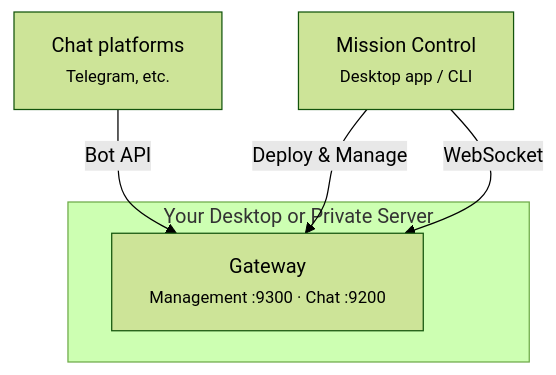
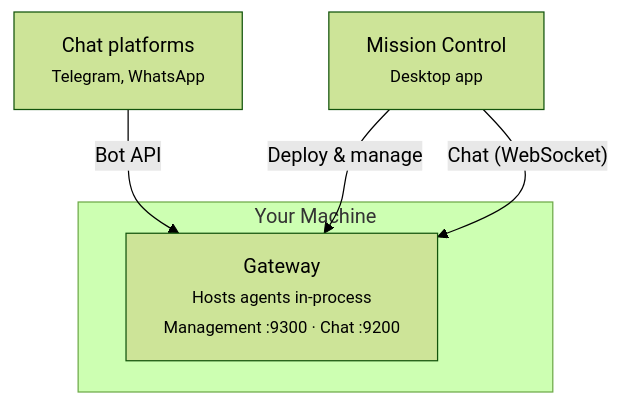
Before and after one commit to volumegambit/Dash: the diagram in README.md, drawn with Mermaid (forest theme). The commit also changed other lines of this file, not shown here.

Commit message:
docs: simplify README to focus on Mission Control quick start

````diff
--- a/README.md
+++ b/README.md
@@ -62,14 +47,14 @@
 ```mermaid
 graph TB
-  platforms["Chat platforms<br/><small>Telegram, etc.</small>"]
+  platforms["Chat platforms<br/><small>Telegram, WhatsApp</small>"]
 
-  subgraph infra ["Your Desktop or Private Server"]
-    gateway["Gateway<br/><small>Management :9300 · Chat :9200</small>"]
+  subgraph infra ["Your Machine"]
+    gateway["Gateway<br/><small>Hosts agents in-process<br/>Management :9300 · Chat :9200</small>"]
   end
 
-  mc["Mission Control<br/><small>Desktop app / CLI</small>"]
+  mc["Mission Control<br/><small>Desktop app</small>"]
 
   platforms -- "Bot API" --> gateway
-  mc -- "Deploy & Manage" --> gateway
-  mc -- "WebSocket" --> gateway
+  mc -- "Deploy & manage" --> gateway
+  mc -- "Chat (WebSocket)" --> gateway
 ```
````
